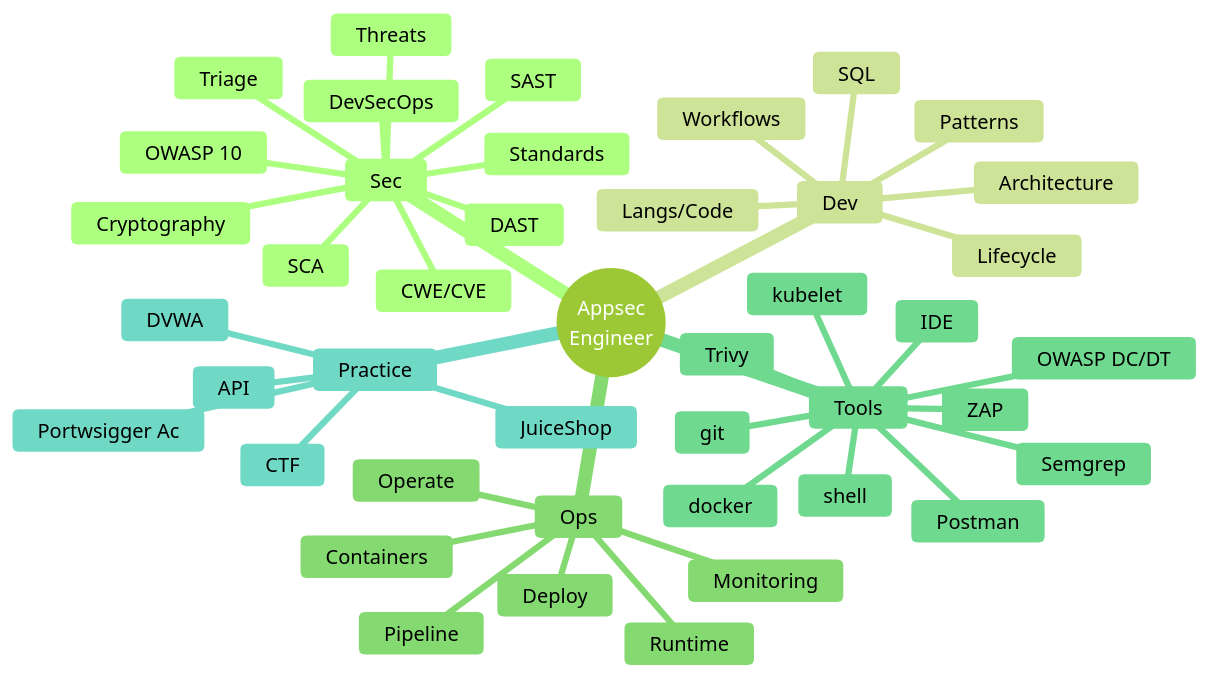
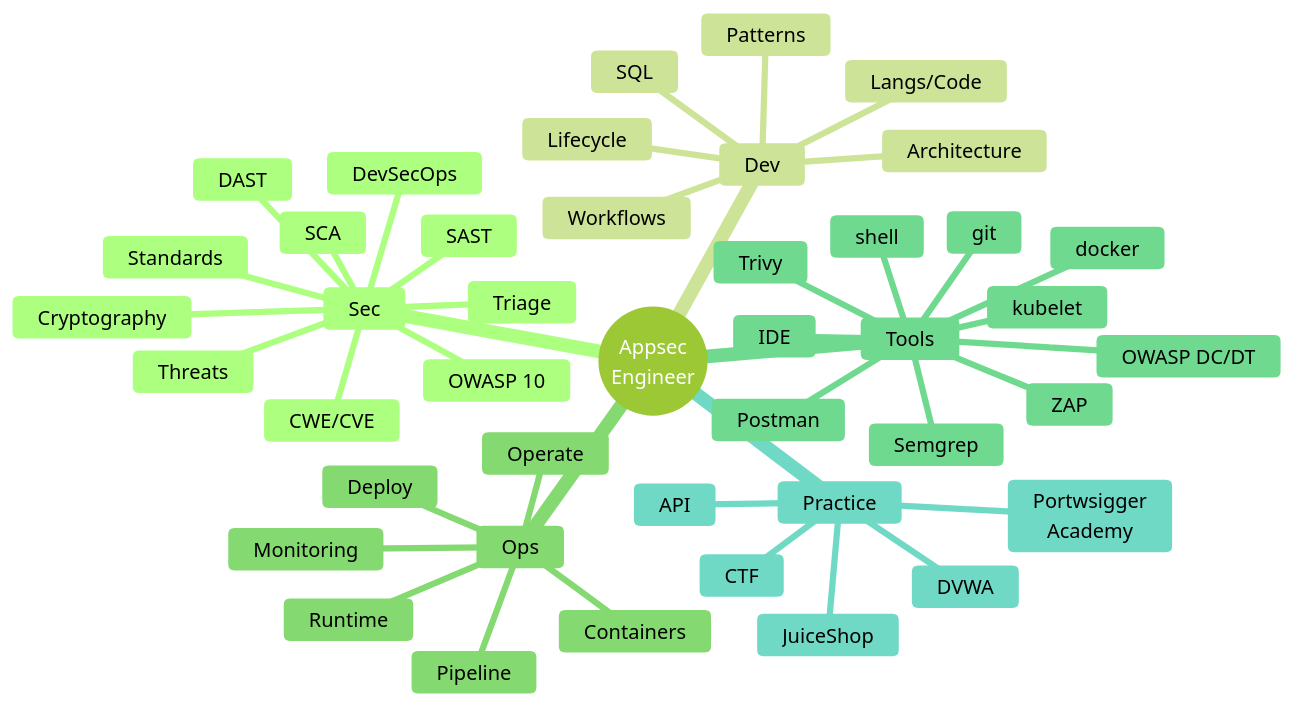
One commit to kremlsa/StudyPlanAppSec changed the diagram in README.md. Above: the diagram before and after it, drawn with Mermaid.

````diff
--- a/README.md
+++ b/README.md
@@ -2,47 +2,47 @@
 ```mermaid
 %%{init: {'theme':'forest'}}%%
 mindmap
   root((Appsec<br/>Engineer))
     Sec
       OWASP 10
       CWE/CVE
       SCA
       SAST
       DAST
       DevSecOps
       Triage
       Threats
       Standards
       Cryptography
     Dev
       Langs/Code
       Lifecycle
       Architecture
       Patterns
       Workflows
       SQL
     Ops
       Pipeline
       Containers
       Runtime
       Deploy
       Operate
       Monitoring
     Tools
       IDE
       git
       Postman
       ZAP
       Semgrep
       Trivy
       OWASP DC/DT
       shell
       docker
       kubelet
     Practice
       CTF
-      Portwsigger Ac
+      Portwsigger<br/>Academy
       JuiceShop
       DVWA
       API
 ```
````
